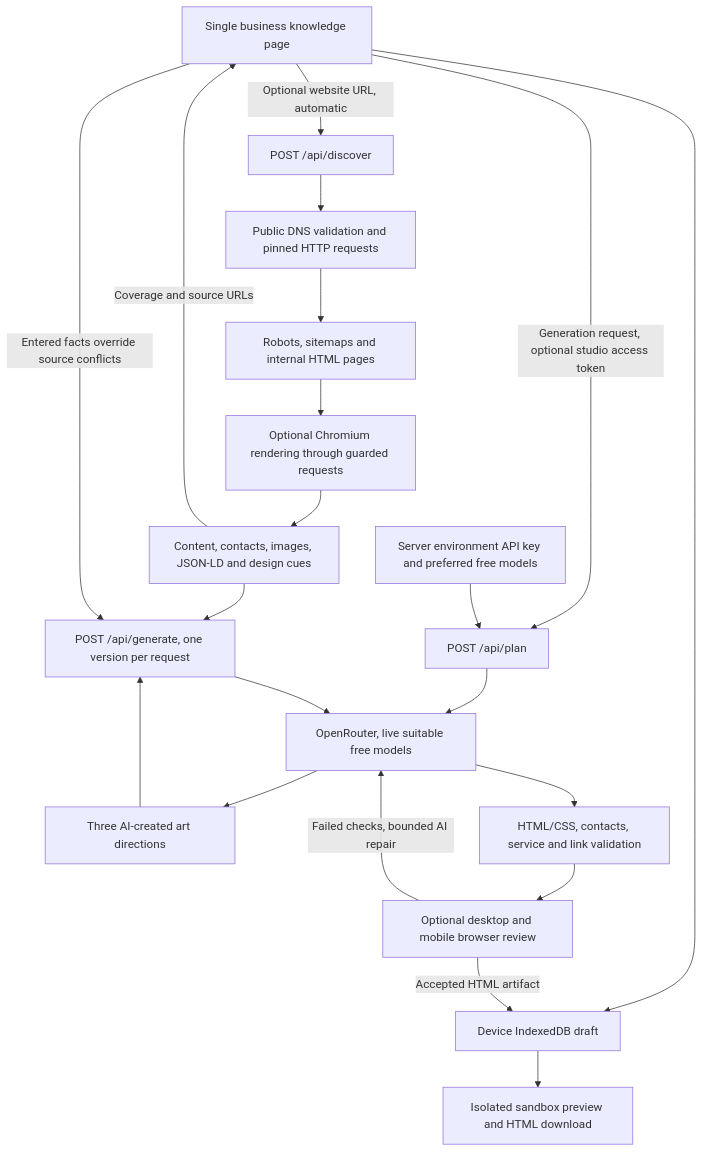
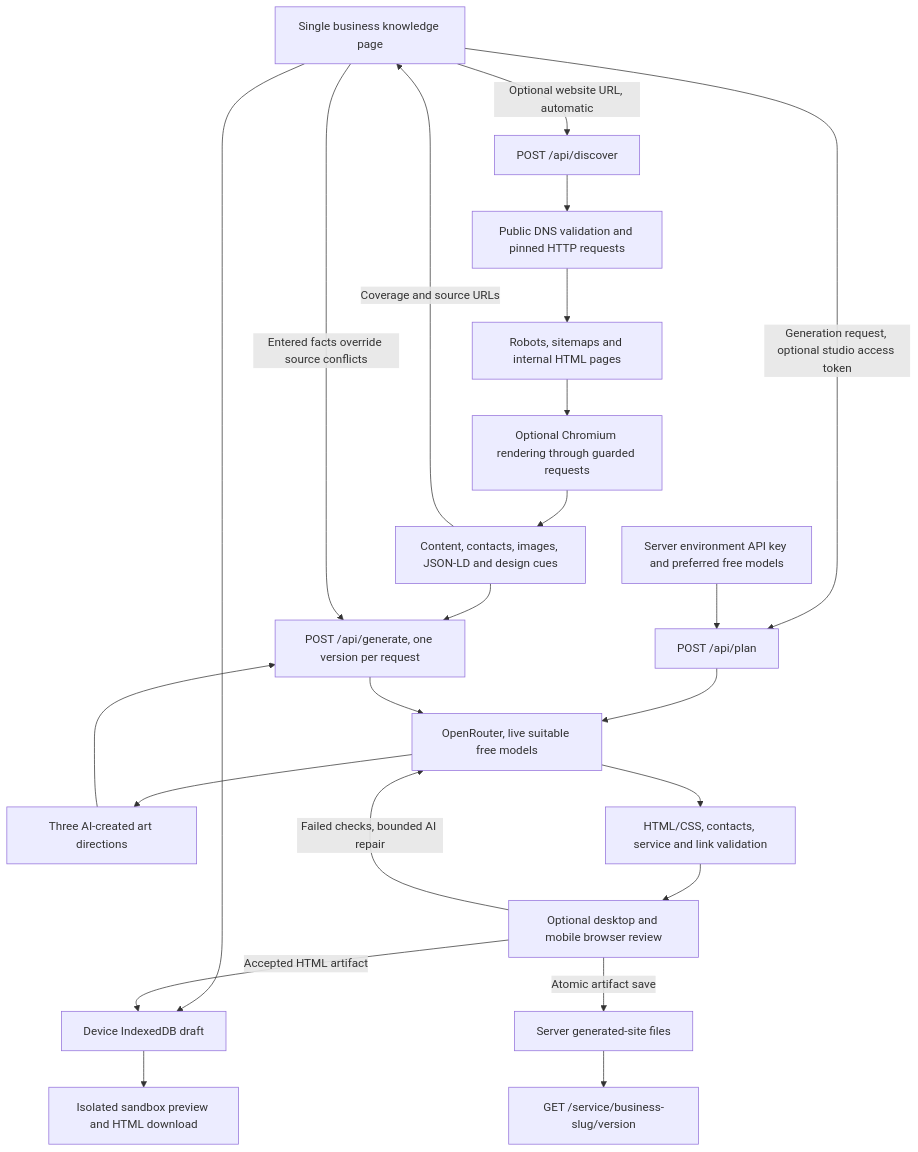
The diagram in PROJECT_DATA_FLOW.md (tinitiateprime/everonnai), drawn with Mermaid before and after one commit. The commit also changed other lines of this file and 14 other files, not shown here.

Commit message:
Serve generated website versions at stable business URLs

````diff
--- a/PROJECT_DATA_FLOW.md
+++ b/PROJECT_DATA_FLOW.md
@@ -3,23 +3,25 @@
 ```mermaid
 flowchart TD
   User[Single business knowledge page] --> Draft[Device IndexedDB draft]
   User -->|Optional website URL, automatic| Discover[POST /api/discover]
   Discover --> Network[Public DNS validation and pinned HTTP requests]
   Network --> Source[Robots, sitemaps and internal HTML pages]
   Source --> Browser[Optional Chromium rendering through guarded requests]
   Browser --> Evidence[Content, contacts, images, JSON-LD and design cues]
   Evidence -->|Coverage and source URLs| User
   User -->|Generation request, optional studio access token| Plan[POST /api/plan]
   ServerEnv[Server environment API key and preferred free models] --> Plan
   Plan --> Router[OpenRouter, live suitable free models]
   Router --> Directions[Three AI-created art directions]
   Directions --> Generate[POST /api/generate, one version per request]
   Evidence --> Generate
   User -->|Entered facts override source conflicts| Generate
   Generate --> Router
   Router --> Validate[HTML/CSS, contacts, service and link validation]
   Validate --> Inspect[Optional desktop and mobile browser review]
   Inspect -->|Failed checks, bounded AI repair| Router
   Inspect -->|Accepted HTML artifact| Draft
+  Inspect -->|Atomic artifact save| SiteStore[Server generated-site files]
+  SiteStore --> SiteURL[GET /service/business-slug/version]
   Draft --> Preview[Isolated sandbox preview and HTML download]
 ```
````
